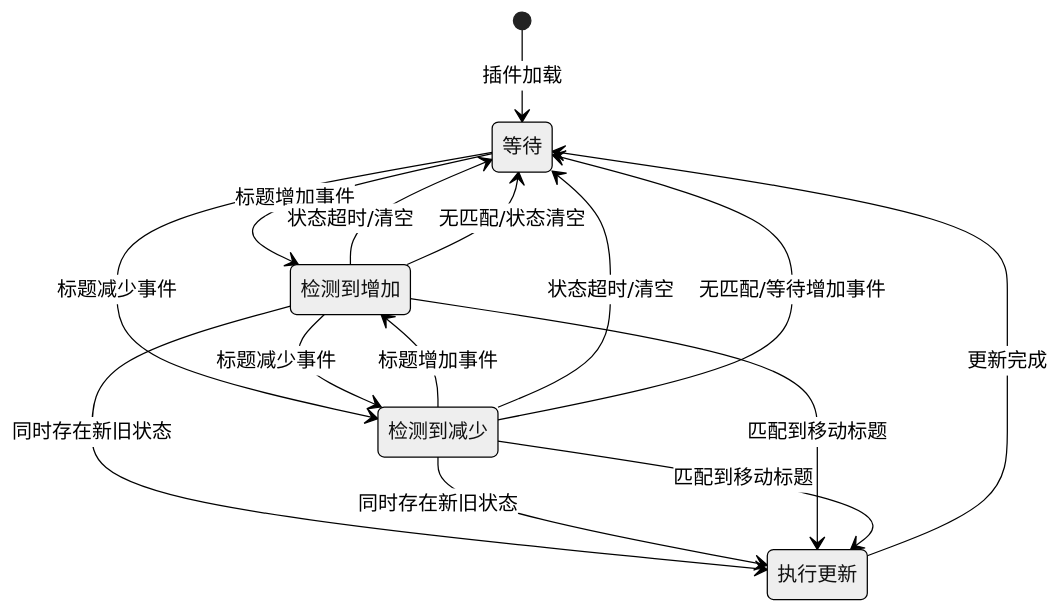
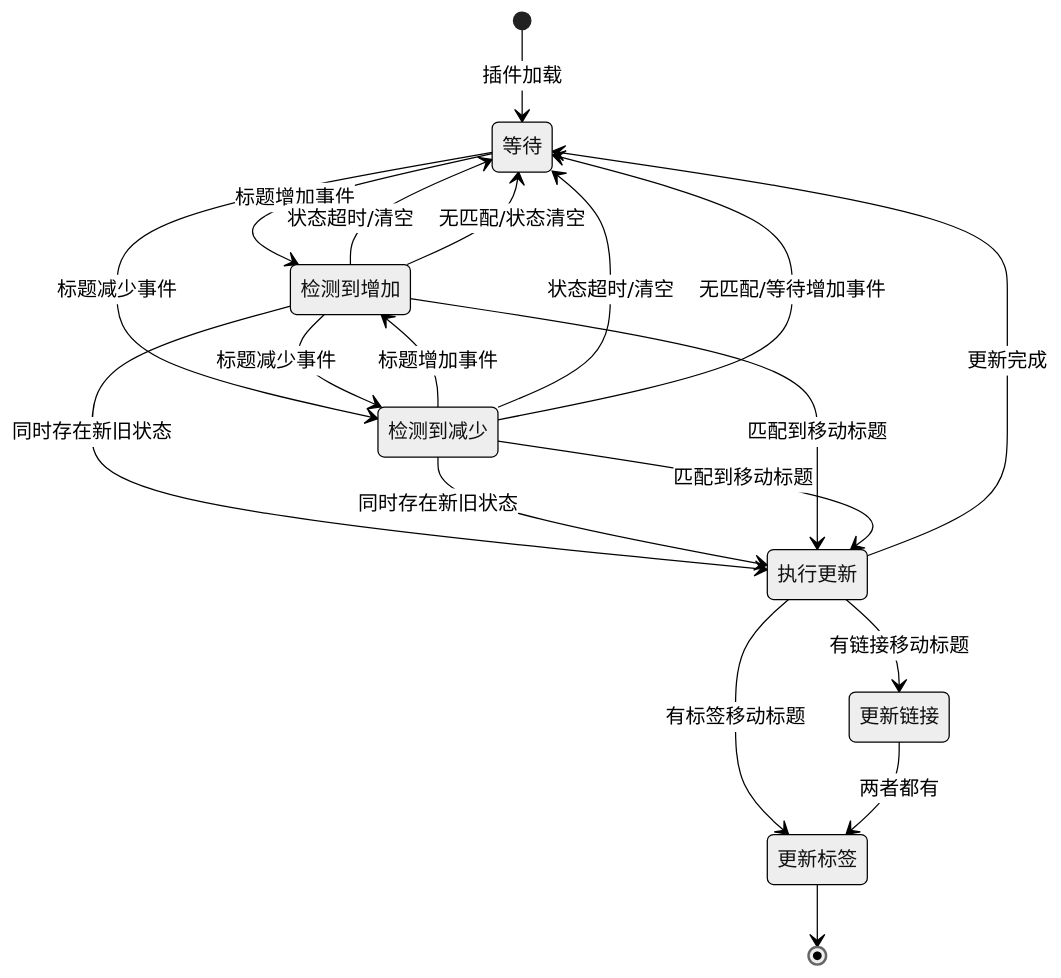
Before and after one commit to etchnight/obsidian-plugin-enhance-update-link: the third of 3 diagrams in README.md, drawn with Mermaid (neutral theme). The commit also changed other lines of this file, not shown here.

````diff
--- a/README.md
+++ b/README.md
@@ -127,21 +198,27 @@
 ```mermaid
 stateDiagram-v2
     [*] --> 等待: 插件加载
     等待 --> 检测到增加: 标题增加事件
     等待 --> 检测到减少: 标题减少事件
     检测到减少 --> 检测到增加: 标题增加事件
     检测到增加 --> 检测到减少: 标题减少事件
     检测到增加 --> 等待: 状态超时/清空
     检测到减少 --> 等待: 状态超时/清空
     检测到增加 --> 执行更新: 同时存在新旧状态
     检测到减少 --> 执行更新: 同时存在新旧状态
     执行更新 --> 等待: 更新完成
     
+    state 执行更新 <<choice>>
+    执行更新 --> 更新链接: 有链接移动标题
+    执行更新 --> 更新标签: 有标签移动标题
+    更新链接 --> 更新标签: 两者都有
+    更新标签 --> [*]
+    
     state 检测到增加 <<choice>>
     检测到增加 --> 执行更新: 匹配到移动标题
     检测到增加 --> 等待: 无匹配/状态清空
     
     state 检测到减少 <<choice>>
     检测到减少 --> 执行更新: 匹配到移动标题
     检测到减少 --> 等待: 无匹配/等待增加事件
 ```
````
